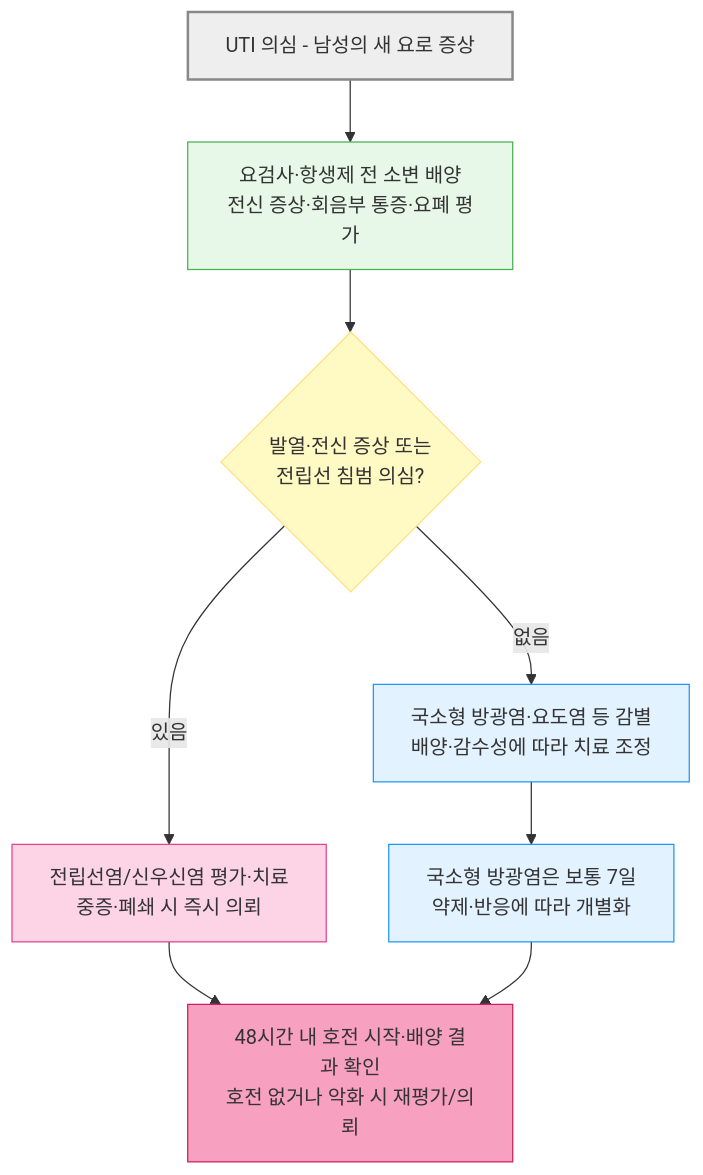
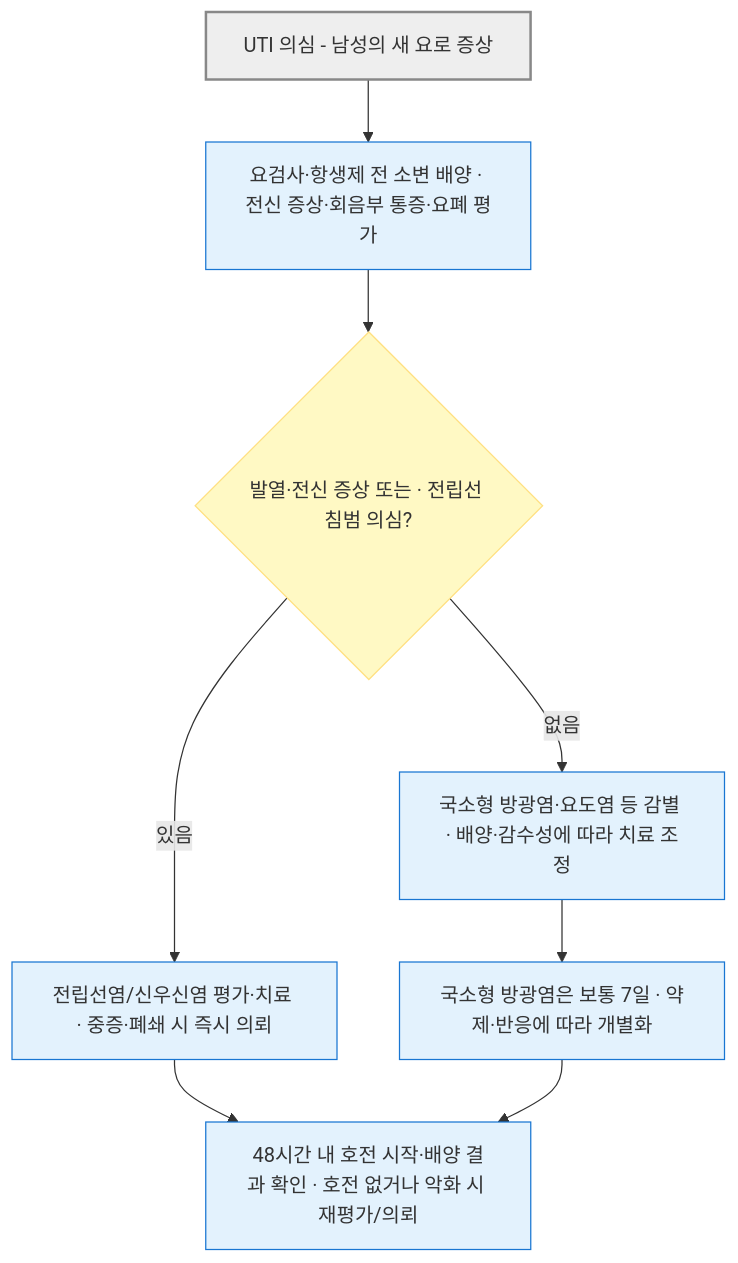
The fourth of 5 diagrams in 227_/113_-urinary-tract-infection.md (familyoh77/familyoh77), drawn with Mermaid before and after one commit. The commit also changed other lines of this file and 10 other files, not shown here.

````diff
--- a/227_/113_-urinary-tract-infection.md
+++ b/227_/113_-urinary-tract-infection.md
@@ -357,17 +363,17 @@
 ```mermaid
 graph TD
-    A["UTI 의심 - 남성의 새 요로 증상"] --> B["요검사·항생제 전 소변 배양<br/>전신 증상·회음부 통증·요폐 평가"]
-    B --> C{"발열·전신 증상 또는<br/>전립선 침범 의심?"}
-    C -->|있음| D["전립선염/신우신염 평가·치료<br/>중증·폐쇄 시 즉시 의뢰"]
-    C -->|없음| E["국소형 방광염·요도염 등 감별<br/>배양·감수성에 따라 치료 조정"]
-    E --> F["국소형 방광염은 보통 7일<br/>약제·반응에 따라 개별화"]
-    D --> G["48시간 내 호전 시작·배양 결과 확인<br/>호전 없거나 악화 시 재평가/의뢰"]
+    A["UTI 의심 - 남성의 새 요로 증상"] --> B["요검사·항생제 전 소변 배양 · 전신 증상·회음부 통증·요폐 평가"]
+    B --> C{"발열·전신 증상 또는 · 전립선 침범 의심?"}
+    C -- "있음" --> D["전립선염/신우신염 평가·치료 · 중증·폐쇄 시 즉시 의뢰"]
+    C -- "없음" --> E["국소형 방광염·요도염 등 감별 · 배양·감수성에 따라 치료 조정"]
+    E --> F["국소형 방광염은 보통 7일 · 약제·반응에 따라 개별화"]
+    D --> G["48시간 내 호전 시작·배양 결과 확인 · 호전 없거나 악화 시 재평가/의뢰"]
     F --> G
     style A fill:#eeeeee,stroke:#888888,stroke-width:2px
-    style B fill:#e8f8e8,stroke:#4caf50
+    style B fill:#e3f2fd,stroke:#1976d2
     style C fill:#fff9c4,stroke:#ffe082
-    style D fill:#fcd4e6,stroke:#e0448e
-    style E fill:#e3f2ff,stroke:#2196f3
-    style F fill:#e3f2ff,stroke:#2196f3
-    style G fill:#f8a0c0,stroke:#d01f5a
+    style D fill:#e3f2fd,stroke:#1976d2
+    style E fill:#e3f2fd,stroke:#1976d2
+    style F fill:#e3f2fd,stroke:#1976d2
+    style G fill:#e3f2fd,stroke:#1976d2
 ```
````
